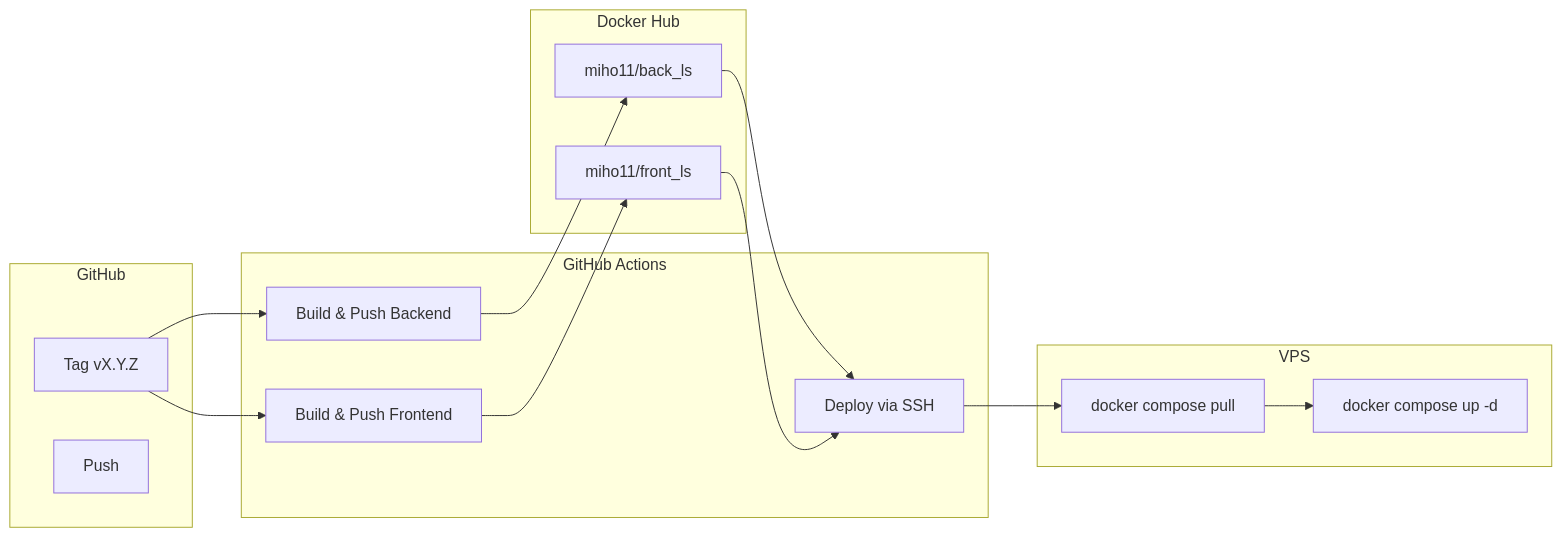
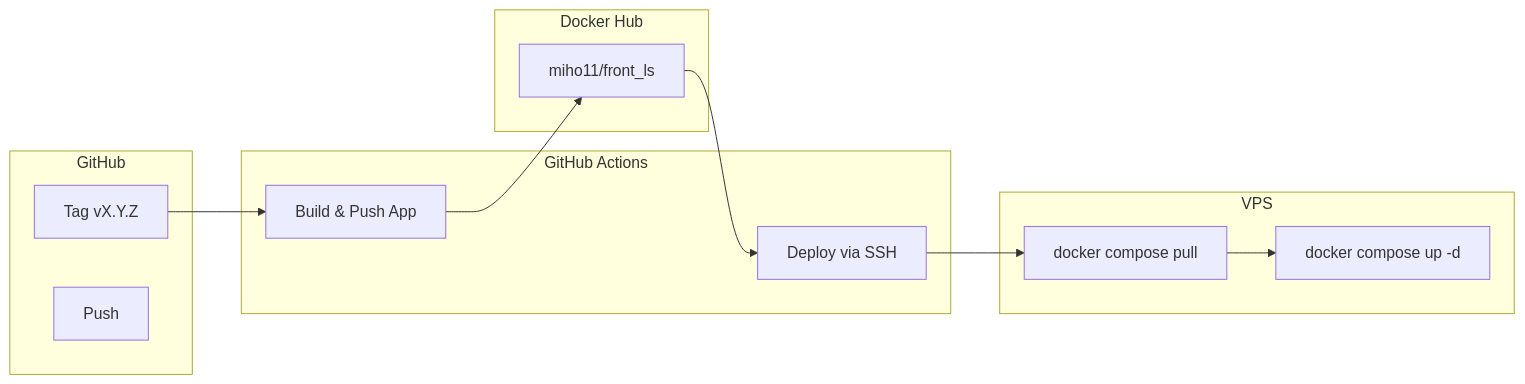
The eighth of 14 diagrams in docs/deploiement.md (alice-444/ls_app), drawn with Mermaid before and after one commit. The commit also changed other lines of this file and 8 other files, not shown here.

Commit message:
docs: update application structure and documentation to reflect unified app architecture, including shared components and deployment details

````diff
--- a/docs/deploiement.md
+++ b/docs/deploiement.md
@@ -222,32 +211,27 @@
 ```mermaid
 flowchart LR
   subgraph GitHub["GitHub"]
     Tag["Tag vX.Y.Z"]
     Push["Push"]
   end
 
   subgraph Actions["GitHub Actions"]
-    BuildBack["Build & Push Backend"]
-    BuildFront["Build & Push Frontend"]
+    BuildApp["Build & Push App"]
     Deploy["Deploy via SSH"]
   end
 
   subgraph Registry["Docker Hub"]
-    ImgBack["miho11/back_ls"]
-    ImgFront["miho11/front_ls"]
+    ImgApp["miho11/front_ls"]
   end
 
   subgraph VPS["VPS"]
     Pull["docker compose pull"]
     Up["docker compose up -d"]
   end
 
-  Tag --> BuildBack
-  Tag --> BuildFront
-  BuildBack --> ImgBack
-  BuildFront --> ImgFront
-  ImgBack --> Deploy
-  ImgFront --> Deploy
+  Tag --> BuildApp
+  BuildApp --> ImgApp
+  ImgApp --> Deploy
   Deploy --> Pull
   Pull --> Up
 ```
````
